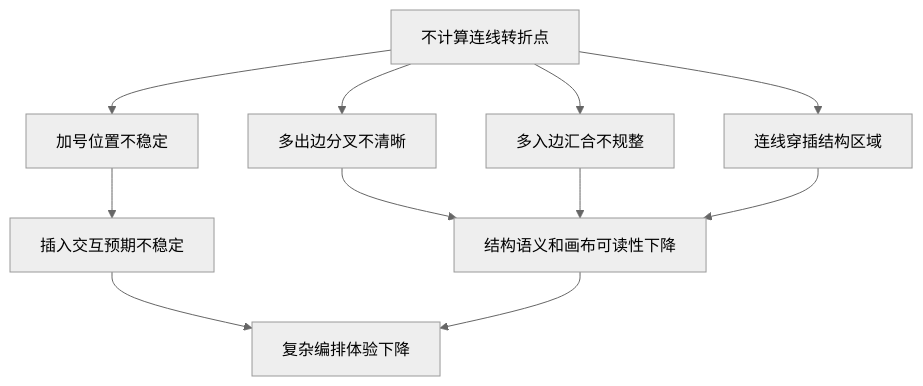
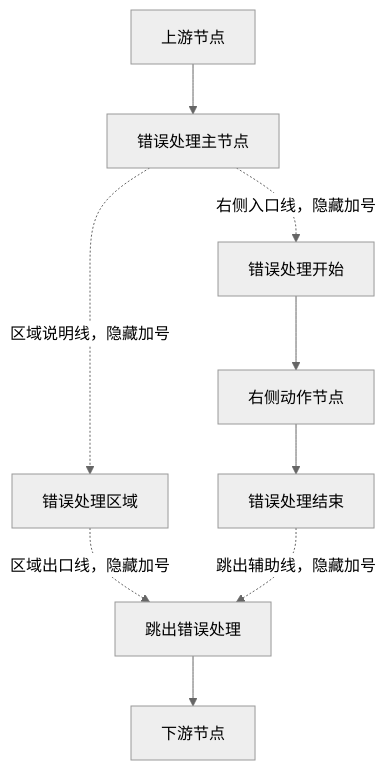
One commit to THZSummer/open-app changed diagram 14 of 28 in front/doc/2026年6月文档/连接流配置需求设计说明书.md. Above: the diagram before and after it, drawn with Mermaid (neutral theme). The commit also changed other lines of this file, not shown here.

````diff
--- a/front/doc/2026年6月文档/连接流配置需求设计说明书.md
+++ b/front/doc/2026年6月文档/连接流配置需求设计说明书.md
@@ -504,13 +848,11 @@
 ```mermaid
 flowchart TD
-  NoPathCalc[不计算连线转折点] --> BranchIssue[多出边分叉不清晰]
-  NoPathCalc --> MergeIssue[多入边汇合不规整]
-  NoPathCalc --> PlusIssue[加号位置不稳定]
-  NoPathCalc --> CrossIssue[连线穿插结构区域]
-  BranchIssue --> Readability[结构语义和画布可读性下降]
-  MergeIssue --> Readability
-  PlusIssue --> Interaction[插入交互预期不稳定]
-  CrossIssue --> Readability
-  Interaction --> Result[复杂编排体验下降]
-  Readability --> Result
+  Upstream[上游节点] --> ErrorMain[错误处理主节点]
+  ErrorMain -.区域说明线，隐藏加号.-> ErrorRegion[错误处理区域]
+  ErrorRegion -.区域出口线，隐藏加号.-> ErrorBreak[跳出错误处理]
+  ErrorMain -.右侧入口线，隐藏加号.-> ErrorStart[错误处理开始]
+  ErrorStart --> ErrorAction[右侧动作节点]
+  ErrorAction --> ErrorEnd[错误处理结束]
+  ErrorEnd -.跳出辅助线，隐藏加号.-> ErrorBreak
+  ErrorBreak --> Downstream[下游节点]
 ```
````
